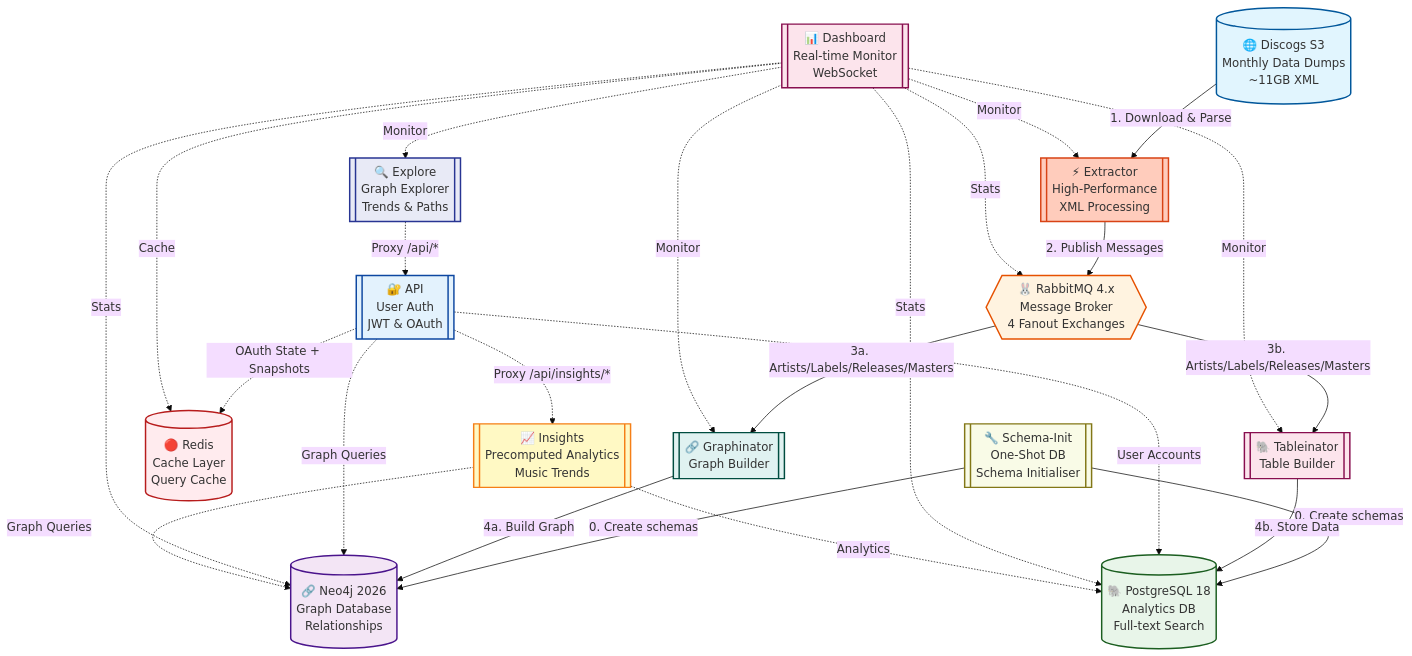
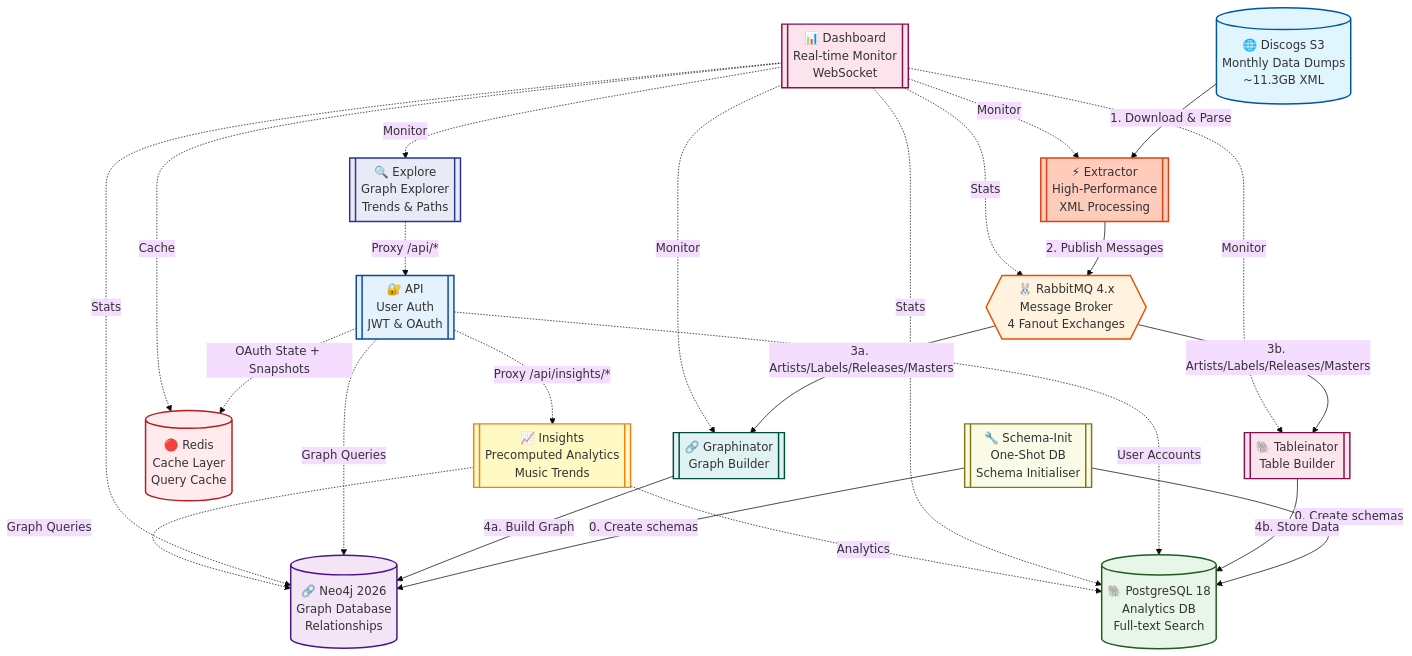
The first of 2 diagrams in docs/architecture.md (groovemap-music/deployment), drawn with Mermaid (base theme) before and after one commit. The commit also changed other lines of this file and 4 other files, not shown here.

````diff
--- a/docs/architecture.md
+++ b/docs/architecture.md
@@ -41,58 +41,58 @@
 ```mermaid
 graph TD
-    S3[("🌐 Discogs S3<br/>Monthly Data Dumps<br/>~11GB XML")]
+    S3[("🌐 Discogs S3<br/>Monthly Data Dumps<br/>~11.3GB XML")]
     EXT[["⚡ Extractor<br/>High-Performance<br/>XML Processing"]]
     SCHEMA[["🔧 Schema-Init<br/>One-Shot DB<br/>Schema Initialiser"]]
     RMQ{{"🐰 RabbitMQ 4.x<br/>Message Broker<br/>4 Fanout Exchanges"}}
     NEO4J[("🔗 Neo4j 2026<br/>Graph Database<br/>Relationships")]
     PG[("🐘 PostgreSQL 18<br/>Analytics DB<br/>Full-text Search")]
     REDIS[("🔴 Redis<br/>Cache Layer<br/>Query Cache")]
     GRAPH[["🔗 Graphinator<br/>Graph Builder"]]
     TABLE[["🐘 Tableinator<br/>Table Builder"]]
     DASH[["📊 Dashboard<br/>Real-time Monitor<br/>WebSocket"]]
     EXPLORE[["🔍 Explore<br/>Graph Explorer<br/>Trends & Paths"]]
     API[["🔐 API<br/>User Auth<br/>JWT & OAuth"]]
     INSIGHTS[["📈 Insights<br/>Precomputed Analytics<br/>Music Trends"]]
 
     SCHEMA -->|0. Create schemas| NEO4J
     SCHEMA -->|0. Create schemas| PG
     S3 -->|1. Download & Parse| EXT
     EXT -->|2. Publish Messages| RMQ
     RMQ -->|3a. Artists/Labels/Releases/Masters| GRAPH
     RMQ -->|3b. Artists/Labels/Releases/Masters| TABLE
     GRAPH -->|4a. Build Graph| NEO4J
     TABLE -->|4b. Store Data| PG
 
     EXPLORE -.->|Proxy /api/*| API
 
     API -.->|User Accounts| PG
     API -.->|Graph Queries| NEO4J
     API -.->|OAuth State + Snapshots| REDIS
 
     DASH -.->|Monitor| EXT
     DASH -.->|Monitor| GRAPH
     DASH -.->|Monitor| TABLE
     DASH -.->|Monitor| EXPLORE
     DASH -.->|Cache| REDIS
     DASH -.->|Stats| RMQ
     DASH -.->|Stats| NEO4J
     DASH -.->|Stats| PG
 
     API -.->|Proxy /api/insights/*| INSIGHTS
     INSIGHTS -.->|Analytics| PG
     INSIGHTS -.->|Graph Queries| NEO4J
 
     style S3 fill:#e1f5fe,stroke:#01579b,stroke-width:2px
     style EXT fill:#ffccbc,stroke:#d84315,stroke-width:2px
     style SCHEMA fill:#f9fbe7,stroke:#827717,stroke-width:2px
     style RMQ fill:#fff3e0,stroke:#e65100,stroke-width:2px
     style NEO4J fill:#f3e5f5,stroke:#4a148c,stroke-width:2px
     style PG fill:#e8f5e9,stroke:#1b5e20,stroke-width:2px
     style REDIS fill:#ffebee,stroke:#b71c1c,stroke-width:2px
     style DASH fill:#fce4ec,stroke:#880e4f,stroke-width:2px
     style EXPLORE fill:#e8eaf6,stroke:#283593,stroke-width:2px
     style GRAPH fill:#e0f2f1,stroke:#004d40,stroke-width:2px
     style TABLE fill:#fce4ec,stroke:#880e4f,stroke-width:2px
     style API fill:#e3f2fd,stroke:#0d47a1,stroke-width:2px
     style INSIGHTS fill:#fff9c4,stroke:#f57f17,stroke-width:2px
 ```
````
